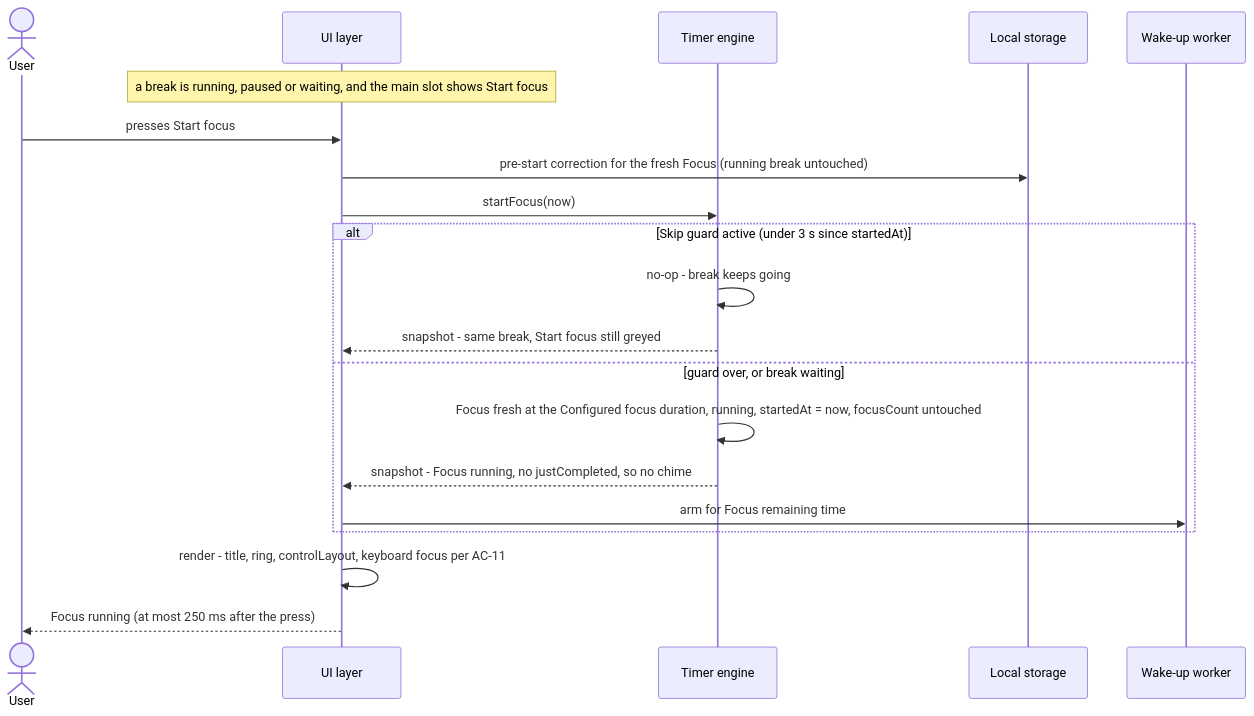
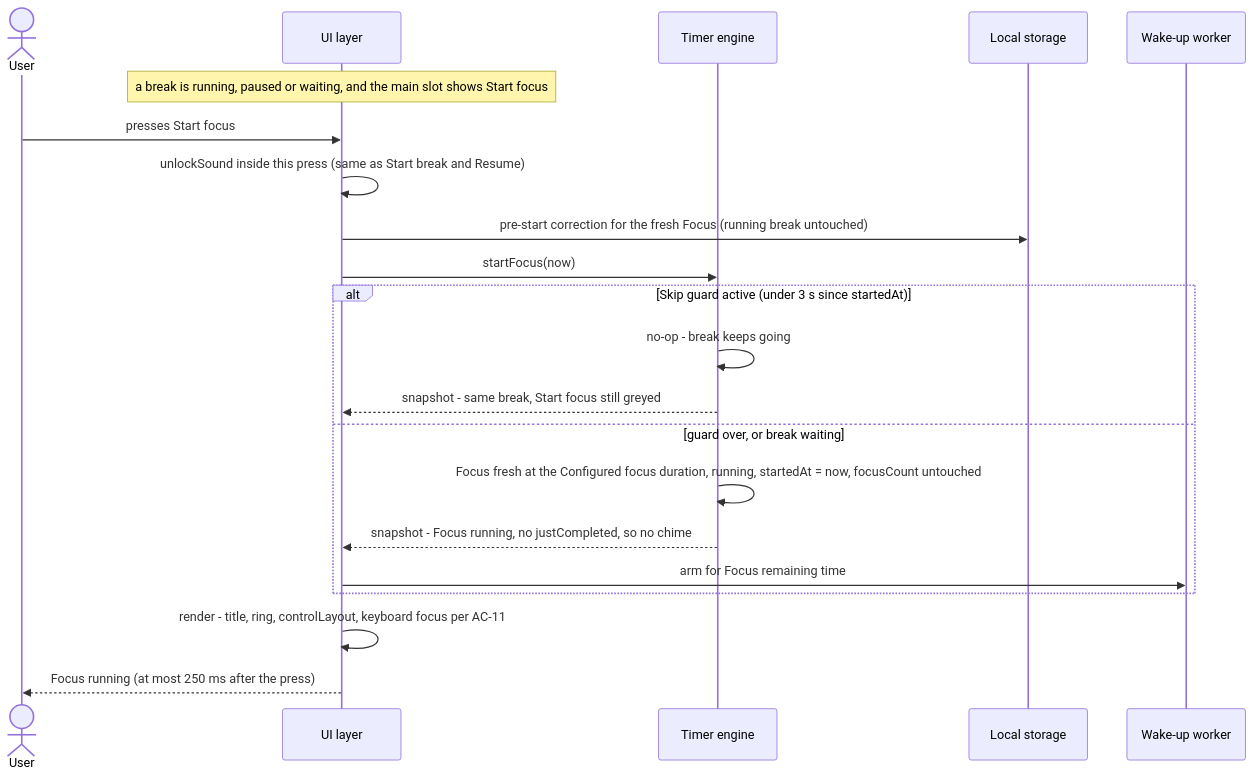
One commit to skush/pomodoro changed the fourth of 4 diagrams in docs/features/break-flow/sad.md. Above: the diagram before and after it, drawn with Mermaid. The commit also changed other lines of this file and 4 other files, not shown here.

First line of the commit message:
design: break-flow finalization (critic pass)

````diff
--- a/docs/features/break-flow/sad.md
+++ b/docs/features/break-flow/sad.md
@@ -373,23 +385,24 @@
 ```mermaid
 sequenceDiagram
     actor User
     participant UI as UI layer
     participant Engine as Timer engine
     participant Store as Local storage
     participant Worker as Wake-up worker
 
     Note over UI: a break is running, paused or waiting, and the main slot shows Start focus
     User->>UI: presses Start focus
+    UI->>UI: unlockSound inside this press (same as Start break and Resume)
     UI->>Store: pre-start correction for the fresh Focus (running break untouched)
     UI->>Engine: startFocus(now)
     alt Skip guard active (under 3 s since startedAt)
         Engine->>Engine: no-op - break keeps going
         Engine-->>UI: snapshot - same break, Start focus still greyed
     else guard over, or break waiting
         Engine->>Engine: Focus fresh at the Configured focus duration, running, startedAt = now, focusCount untouched
         Engine-->>UI: snapshot - Focus running, no justCompleted, so no chime
         UI->>Worker: arm for Focus remaining time
     end
     UI->>UI: render - title, ring, controlLayout, keyboard focus per AC-11
     UI-->>User: Focus running (at most 250 ms after the press)
 ```
````
